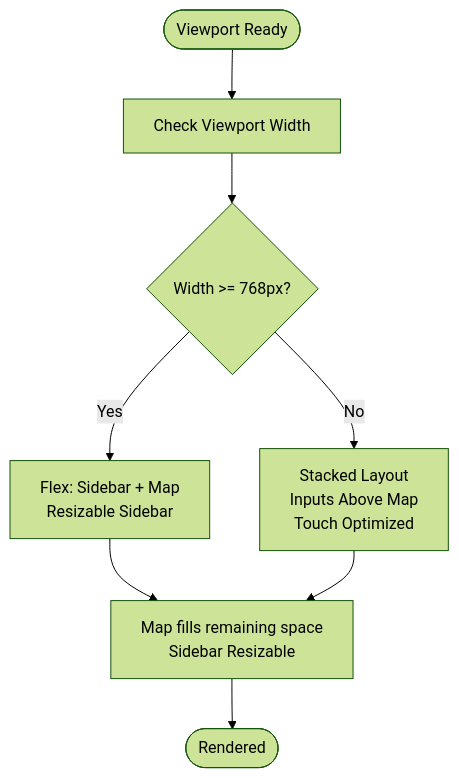
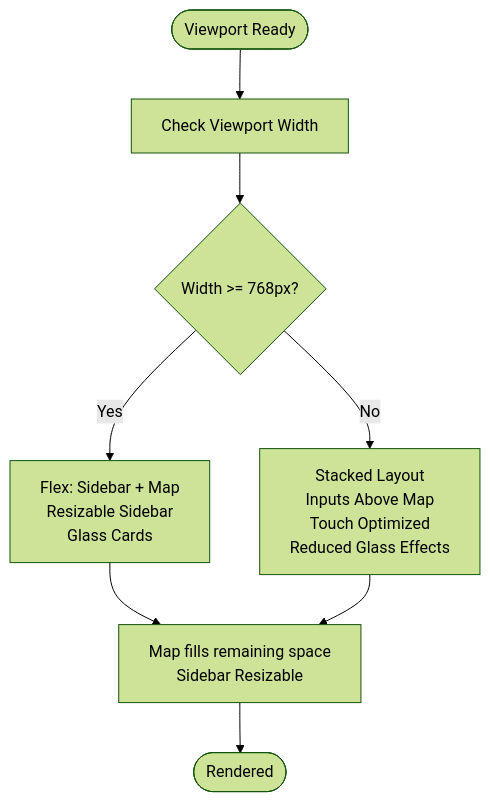
One commit to Rehanpatel3858/BusTrack-Pro changed the fourth of 7 diagrams in .qoder/repowiki/en/content/User Interface and Design System.md. Above: the diagram before and after it, drawn with Mermaid (forest theme). The commit also changed other lines of this file and 3 other files, not shown here.

````diff
--- a/.qoder/repowiki/en/content/User Interface and Design System.md
+++ b/.qoder/repowiki/en/content/User Interface and Design System.md
@@ -199,10 +224,10 @@
 ```mermaid
 flowchart TD
 Start(["Viewport Ready"]) --> CheckWidth["Check Viewport Width"]
 CheckWidth --> Desktop{"Width >= 768px?"}
-Desktop --> |Yes| DesktopLayout["Flex: Sidebar + Map<br/>Resizable Sidebar"]
-Desktop --> |No| MobileLayout["Stacked Layout<br/>Inputs Above Map<br/>Touch Optimized"]
+Desktop --> |Yes| DesktopLayout["Flex: Sidebar + Map<br/>Resizable Sidebar<br/>Glass Cards"]
+Desktop --> |No| MobileLayout["Stacked Layout<br/>Inputs Above Map<br/>Touch Optimized<br/>Reduced Glass Effects"]
 DesktopLayout --> MapFill["Map fills remaining space<br/>Sidebar Resizable"]
 MobileLayout --> MapFill
 MapFill --> End(["Rendered"])
 ```
````
